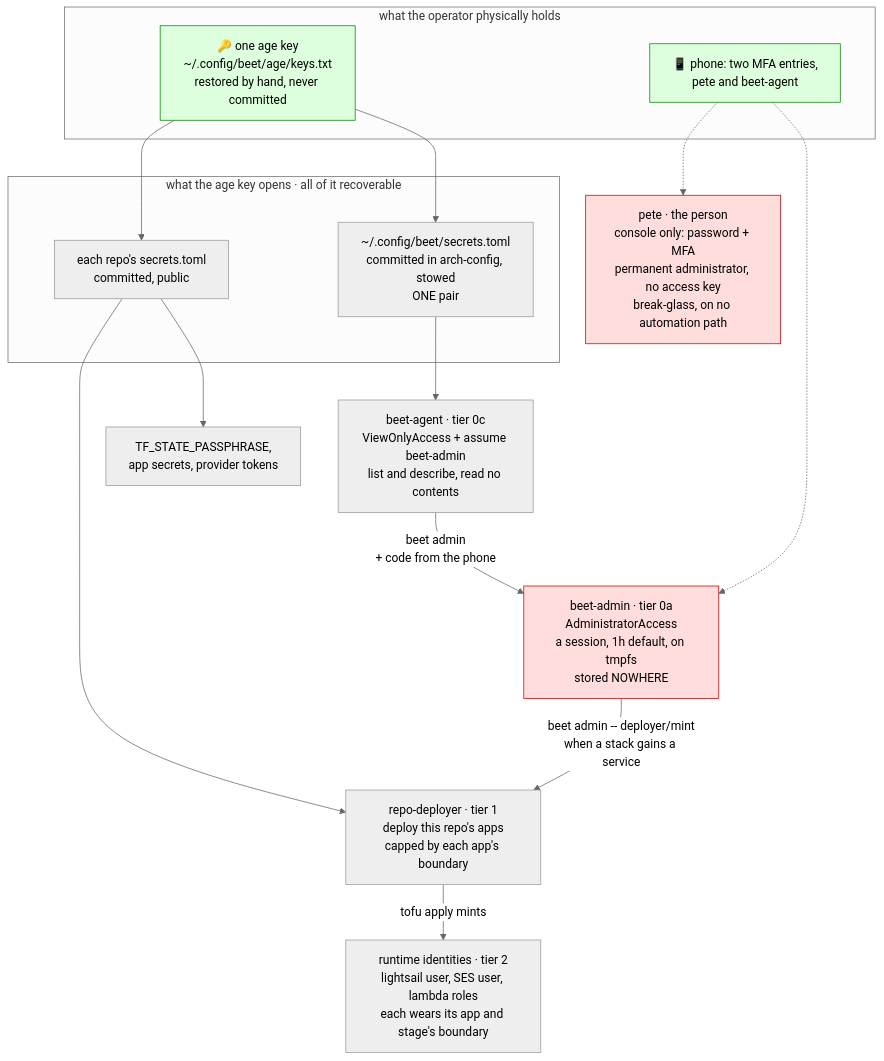
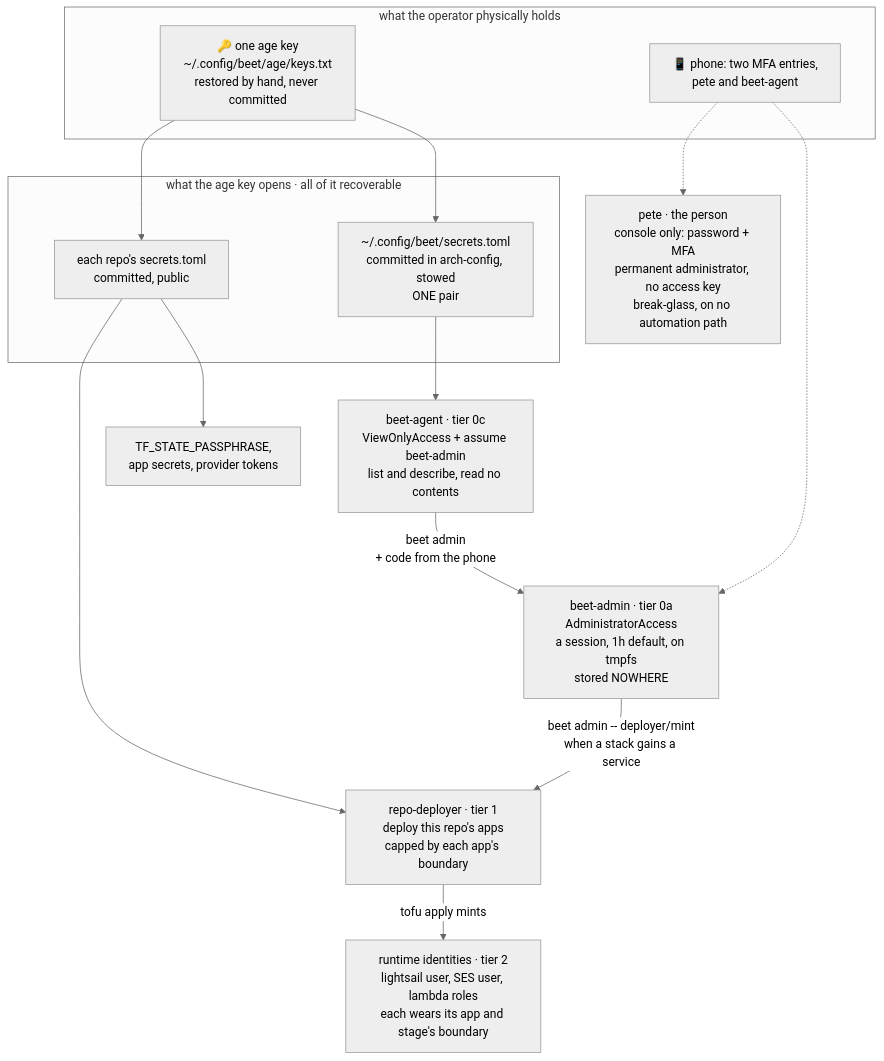
One commit to mrchantey/beet changed the diagram in site/routes/docs/secrets.md. Above: the diagram before and after it, drawn with Mermaid (neutral theme). The commit also changed 3 other files, not shown here.

````diff
--- a/site/routes/docs/secrets.md
+++ b/site/routes/docs/secrets.md
@@ -385,33 +385,28 @@
 ```mermaid
 flowchart TB
     subgraph you["what the operator physically holds"]
         phone["📱 phone: two MFA entries,<br/>pete and beet-agent"]
         age["🔑 one age key<br/>~/.config/beet/age/keys.txt<br/>restored by hand, never committed"]
     end
 
     subgraph sealed["what the age key opens · all of it recoverable"]
         global["~/.config/beet/secrets.toml<br/>committed in arch-config, stowed<br/>ONE pair"]
         repo["each repo's secrets.toml<br/>committed, public"]
     end
 
     age --> global
     age --> repo
 
     global --> agent["beet-agent · tier 0c<br/>ViewOnlyAccess + assume beet-admin<br/>list and describe, read no contents"]
     repo --> deployer["repo-deployer · tier 1<br/>deploy this repo's apps<br/>capped by each app's boundary"]
     repo --> other["TF_STATE_PASSPHRASE,<br/>app secrets, provider tokens"]
 
     agent -->|"beet admin<br/>+ code from the phone"| admin["beet-admin · tier 0a<br/>AdministratorAccess<br/>a session, 1h default, on tmpfs<br/>stored NOWHERE"]
     phone -.-> admin
 
     deployer -->|"tofu apply mints"| runtime["runtime identities · tier 2<br/>lightsail user, SES user, lambda roles<br/>each wears its app and stage's boundary"]
     admin -->|"beet admin -- deployer/mint<br/>when a stack gains a service"| deployer
 
     pete["pete · the person<br/>console only: password + MFA<br/>permanent administrator, no access key<br/>break-glass, on no automation path"]
     phone -.-> pete
-
-    style admin fill:#fdd,stroke:#c00
-    style pete fill:#fdd,stroke:#c00
-    style age fill:#dfd,stroke:#080
-    style phone fill:#dfd,stroke:#080
 ```
````
